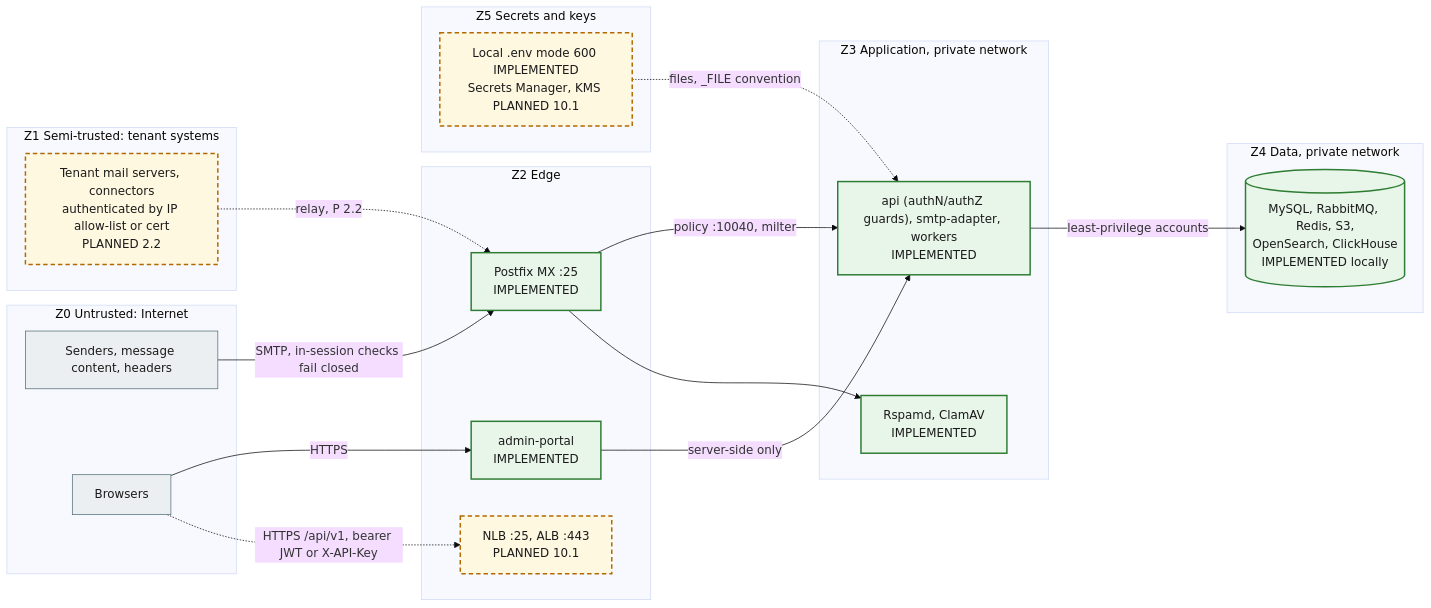
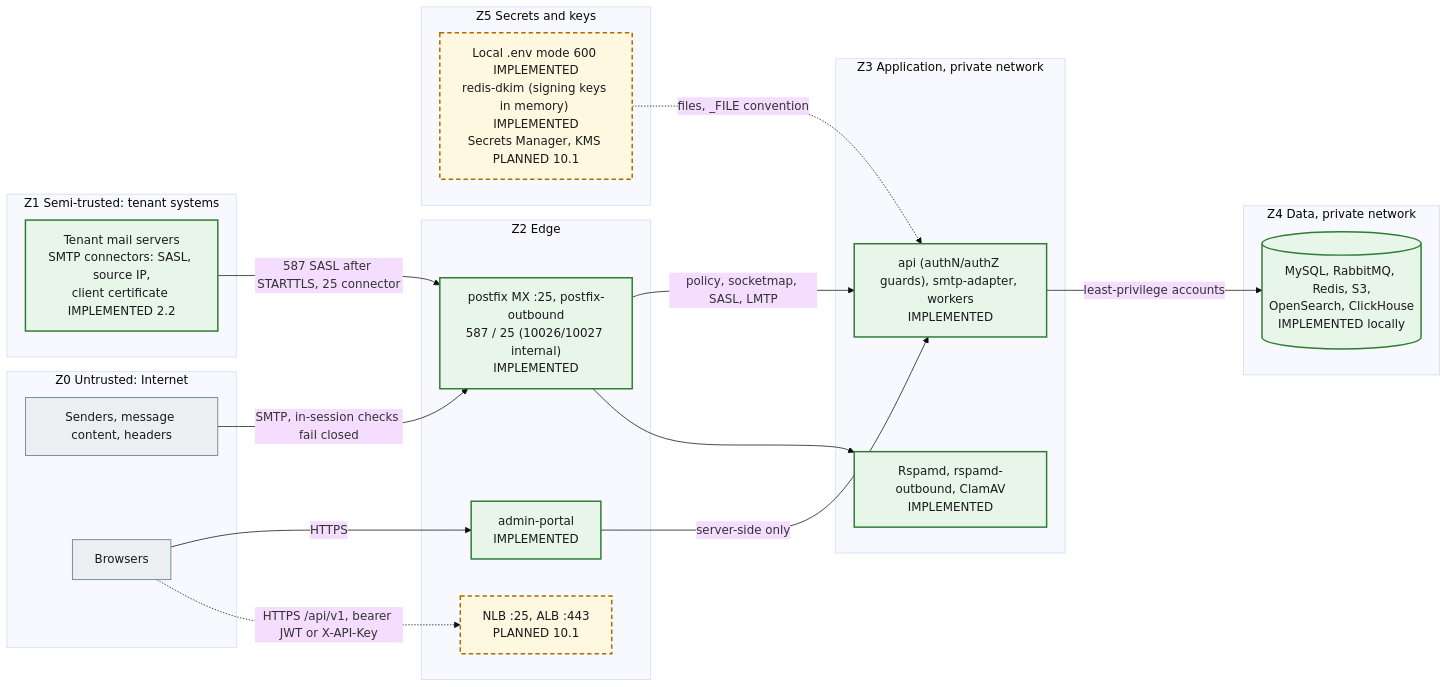
One commit to mnnitsarvesh-ai/email-gateway changed the diagram in docs/architecture/security-boundaries.md. Above: the diagram before and after it, drawn with Mermaid (base theme). The commit also changed other lines of this file and 282 other files, not shown here.

````diff
--- a/docs/architecture/security-boundaries.md
+++ b/docs/architecture/security-boundaries.md
@@ -7,39 +7,39 @@
 ```mermaid
 flowchart LR
   classDef impl fill:#e8f5e9,stroke:#2e7d32,stroke-width:2px,color:#1b1b1b
   classDef planned fill:#fff8e1,stroke:#b26a00,stroke-width:2px,stroke-dasharray:6 4,color:#1b1b1b
   classDef ext fill:#eceff1,stroke:#546e7a,stroke-width:1px,color:#1b1b1b
 
   subgraph z0["Z0 Untrusted: Internet"]
     snd["Senders, message content, headers"]:::ext
     brw["Browsers"]:::ext
   end
   subgraph z1["Z1 Semi-trusted: tenant systems"]
-    tmail["Tenant mail servers, connectors<br/>authenticated by IP allow-list or cert<br/>PLANNED 2.2"]:::planned
+    tmail["Tenant mail servers<br/>SMTP connectors: SASL, source IP,<br/>client certificate IMPLEMENTED 2.2"]:::impl
   end
   subgraph z2["Z2 Edge"]
-    pf["Postfix MX :25<br/>IMPLEMENTED"]:::impl
+    pf["postfix MX :25, postfix-outbound<br/>587 / 25 (10026/10027 internal)<br/>IMPLEMENTED"]:::impl
     lb["NLB :25, ALB :443<br/>PLANNED 10.1"]:::planned
     portal["admin-portal<br/>IMPLEMENTED"]:::impl
   end
   subgraph z3["Z3 Application, private network"]
     apps["api (authN/authZ guards), smtp-adapter, workers<br/>IMPLEMENTED"]:::impl
-    eng["Rspamd, ClamAV<br/>IMPLEMENTED"]:::impl
+    eng["Rspamd, rspamd-outbound, ClamAV<br/>IMPLEMENTED"]:::impl
   end
   subgraph z4["Z4 Data, private network"]
     data[("MySQL, RabbitMQ, Redis, S3,<br/>OpenSearch, ClickHouse<br/>IMPLEMENTED locally")]:::impl
   end
   subgraph z5["Z5 Secrets and keys"]
-    sec["Local .env mode 600 IMPLEMENTED<br/>Secrets Manager, KMS PLANNED 10.1"]:::planned
+    sec["Local .env mode 600 IMPLEMENTED<br/>redis-dkim (signing keys in memory) IMPLEMENTED<br/>Secrets Manager, KMS PLANNED 10.1"]:::planned
   end
 
   snd -->|"SMTP, in-session checks fail closed"| pf
   brw -->|"HTTPS"| portal
   brw -.->|"HTTPS /api/v1, bearer JWT or X-API-Key"| lb
-  tmail -.->|"relay, P 2.2"| pf
-  pf -->|"policy :10040, milter"| apps
+  tmail -->|"587 SASL after STARTTLS, 25 connector"| pf
+  pf -->|"policy, socketmap, SASL, LMTP"| apps
   pf --> eng
   portal -->|"server-side only"| apps
   apps -->|"least-privilege accounts"| data
   sec -.->|"files, _FILE convention"| apps
 ```
````
